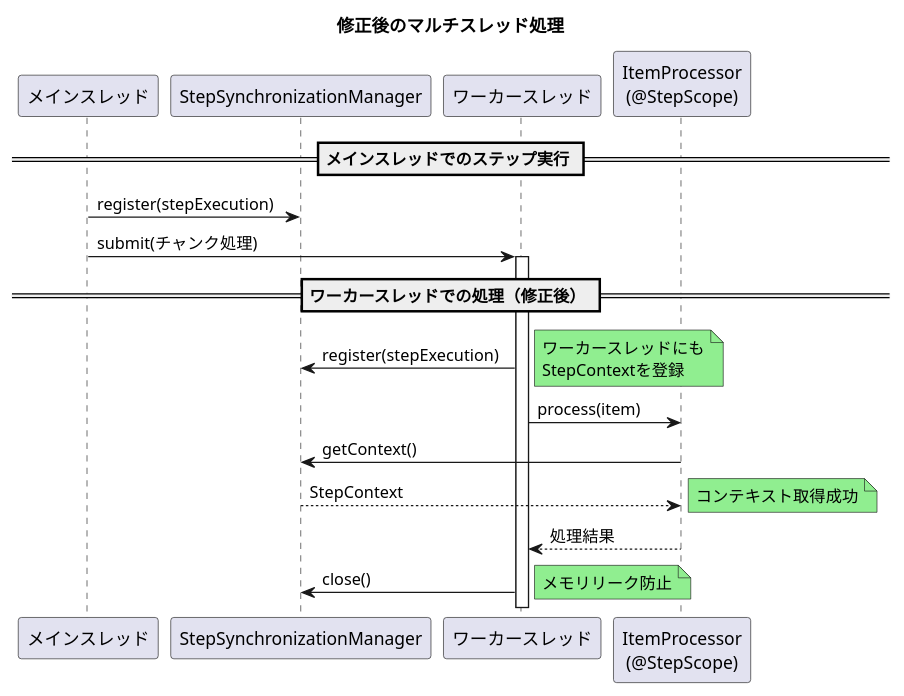
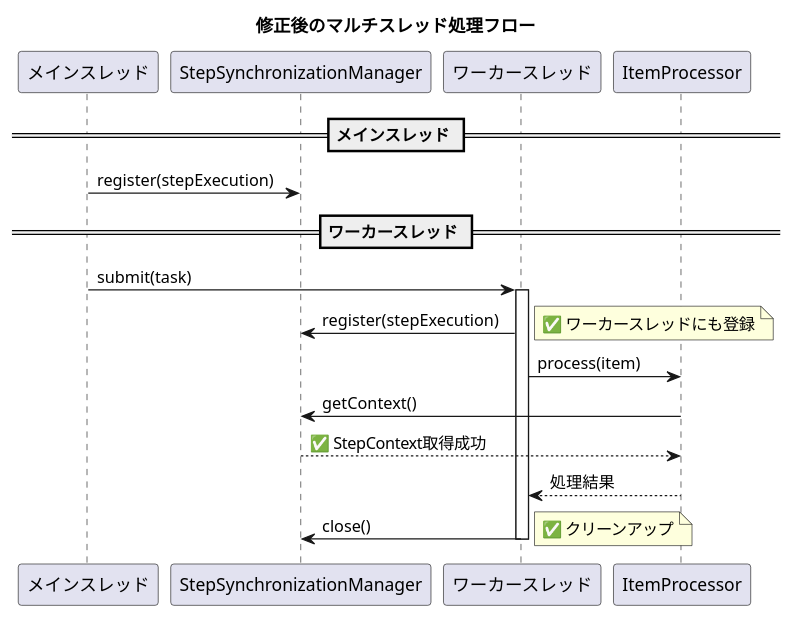
Before and after one commit to mochimoching/github_issue_translate: the third of 3 diagrams in output/spring-batch/6.0.2/all/current/markdown/issues_summary/issue_5183.md, drawn with PlantUML. The commit also changed other lines of this file and 76 other files, not shown here.

````diff
--- a/output/spring-batch/6.0.2/all/current/markdown/issues_summary/issue_5183.md
+++ b/output/spring-batch/6.0.2/all/current/markdown/issues_summary/issue_5183.md
@@ -118,30 +119,30 @@
 ```plantuml
 @startuml
-title 修正後のマルチスレッド処理
+title 修正後のマルチスレッド処理フロー
 
 participant "メインスレッド" as Main
-participant "StepSynchronizationManager" as SSM
+participant "StepSynchronizationManager" as Manager
 participant "ワーカースレッド" as Worker
-participant "ItemProcessor\n(@StepScope)" as Processor
+participant "ItemProcessor" as Processor
 
-== メインスレッドでのステップ実行 ==
-Main -> SSM: register(stepExecution)
-Main -> Worker: submit(チャンク処理)
+== メインスレッド ==
+Main -> Manager: register(stepExecution)
+
+== ワーカースレッド ==
+Main -> Worker: submit(task)
 activate Worker
 
-== ワーカースレッドでの処理（修正後） ==
-Worker -> SSM: register(stepExecution)
-note right #lightgreen: ワーカースレッドにも\nStepContextを登録
+Worker -> Manager: register(stepExecution)
+note right: ✅ ワーカースレッドにも登録
 
 Worker -> Processor: process(item)
-Processor -> SSM: getContext()
-SSM --> Processor: StepContext
-note right #lightgreen: コンテキスト取得成功
-
+Processor -> Manager: getContext()
+Manager --> Processor: ✅ StepContext取得成功
 Processor --> Worker: 処理結果
 
-Worker -> SSM: close()
-note right #lightgreen: メモリリーク防止
+Worker -> Manager: close()
+note right: ✅ クリーンアップ
+deactivate Worker
 
 @enduml
 ```
````
